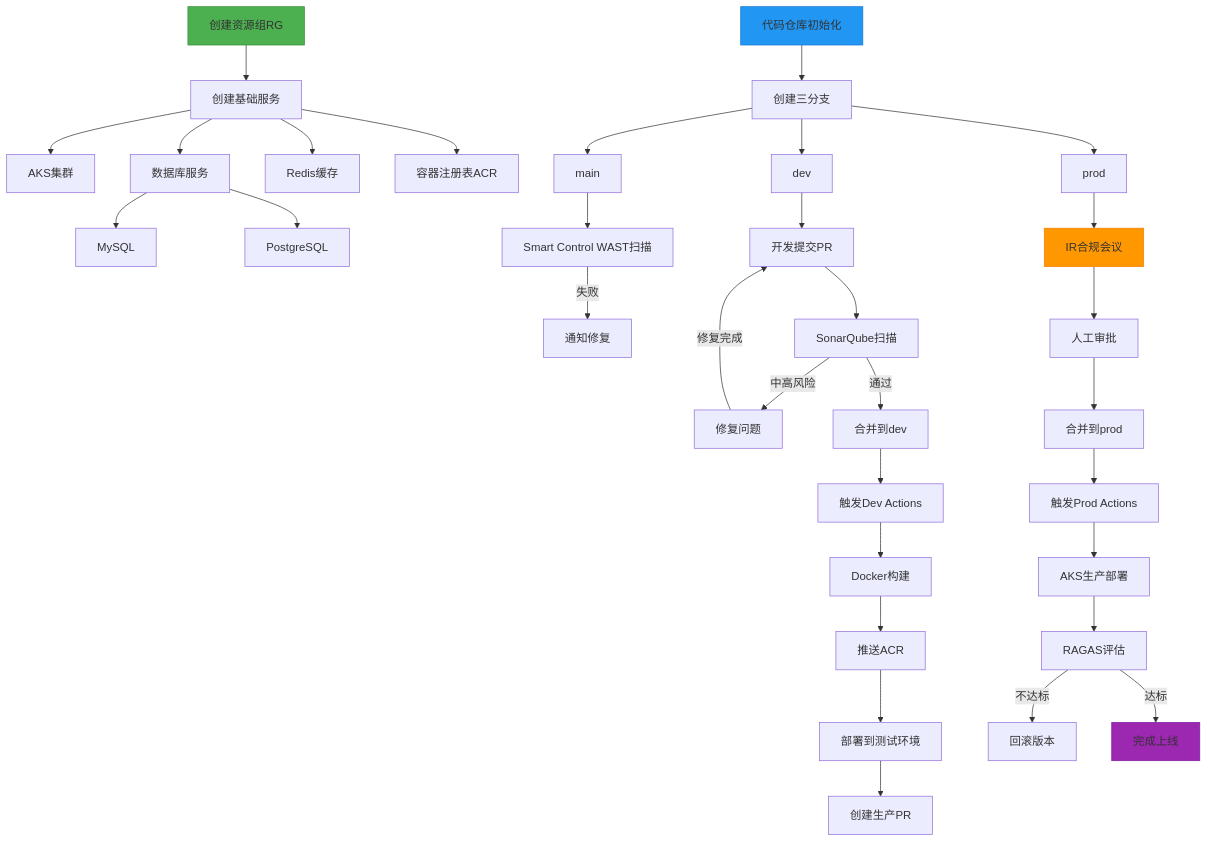
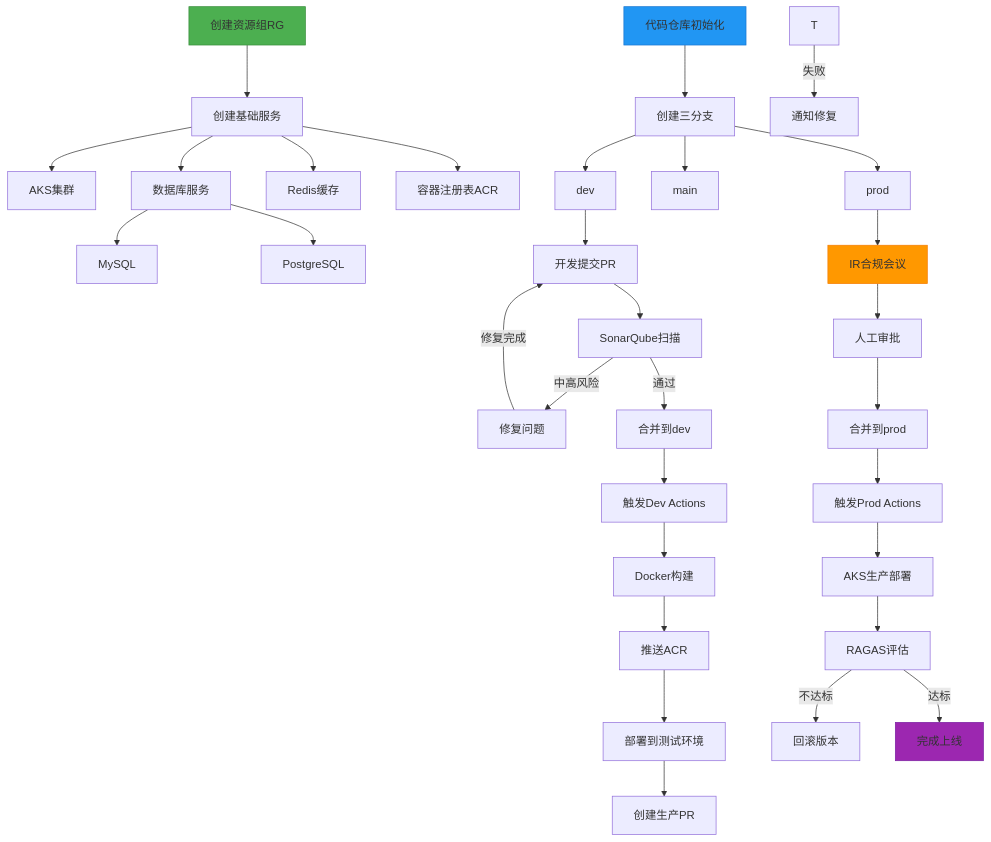
Before and after one commit to funnyData/iodraw-files: the diagram in all/未命名-1.md, drawn with Mermaid.

Commit message:
2025-02-27 09:13:24 update

````diff
--- a/all/未命名-1.md
+++ b/all/未命名-1.md
@@ -1,56 +1,56 @@
 ```mermaid
 graph TD
     A[创建资源组RG] --> B[创建基础服务]
     B --> C[AKS集群]
     B --> D[数据库服务]
     D --> DA[MySQL]
     D --> DB[PostgreSQL]
     B --> E[Redis缓存]
     B --> F[容器注册表ACR]
     
     G[代码仓库初始化] --> H[创建三分支]
     H --> I[dev]
     H --> J[main]
     H --> K[prod]
     K --> W[IR合规会议]
-    J --> T[Smart Control WAST扫描]
+    
     T -->|失败| U[通知修复]
     I --> L[开发提交PR]
     L --> M[SonarQube扫描]
     M -->|中高风险| N[修复问题]
     N -->|修复完成|L
     M -->|通过| O[合并到dev]
     
     O --> P[触发Dev Actions]
     P --> Q[Docker构建]
     Q --> R[推送ACR]
     R --> S[部署到测试环境]
     S --> V[创建生产PR]
 
     
     %% S --> T[Smart Control WAST扫描]
     %% T -->|失败| U[通知修复]
 
     
     %% T -->|通过| V[创建生产PR]
 
     
     %% V --> W[IR合规会议]
     W --> X[人工审批]
     X --> Y[合并到prod]
     
     Y --> Z[触发Prod Actions]
     Z --> AC[AKS生产部署]
     %% Z --> AA[安全扫描]
     %% AA -->|高风险| AB[终止部署]
     %% AA -->|通过| AC[AKS生产部署]
     
     AC --> AD[RAGAS评估]
     AD -->|不达标| AE[回滚版本]
     AD -->|达标| AF[完成上线]
     
     style A fill:#4CAF50,stroke:#388E3C
     style G fill:#2196F3,stroke:#1976D2
     style W fill:#FF9800,stroke:#F57C00
     style AF fill:#9C27B0,stroke:#7B1FA2
 ```
````
